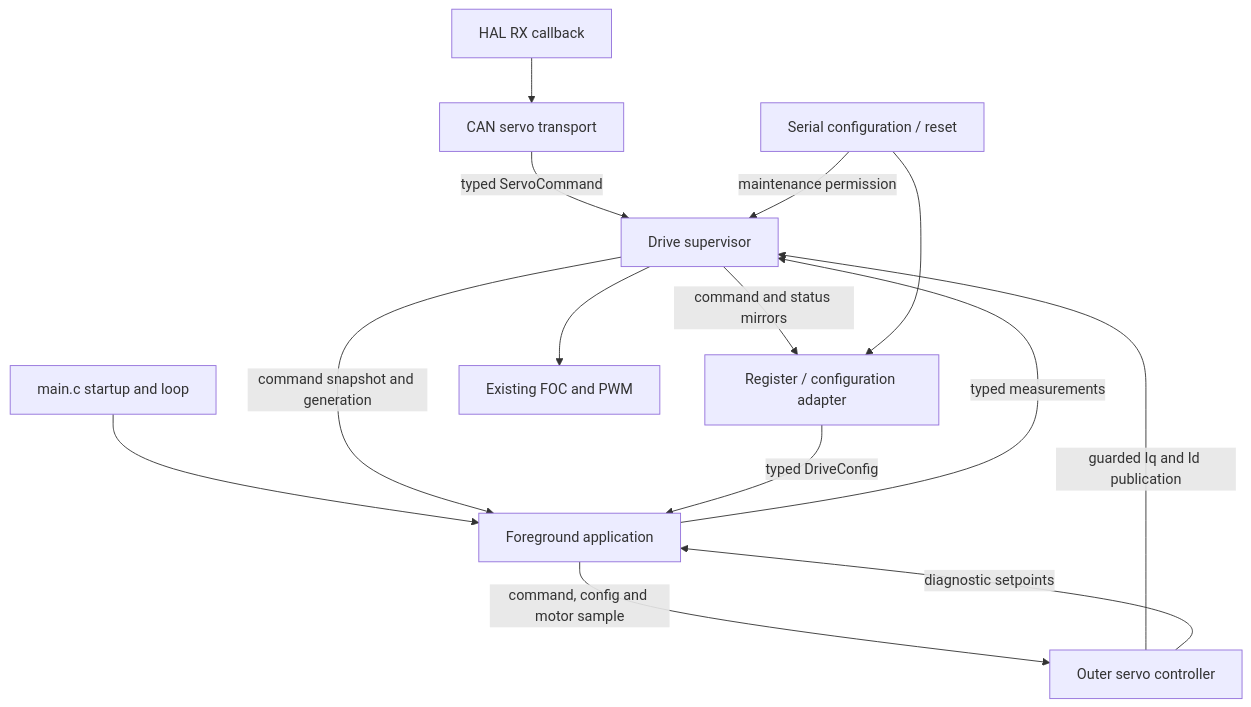
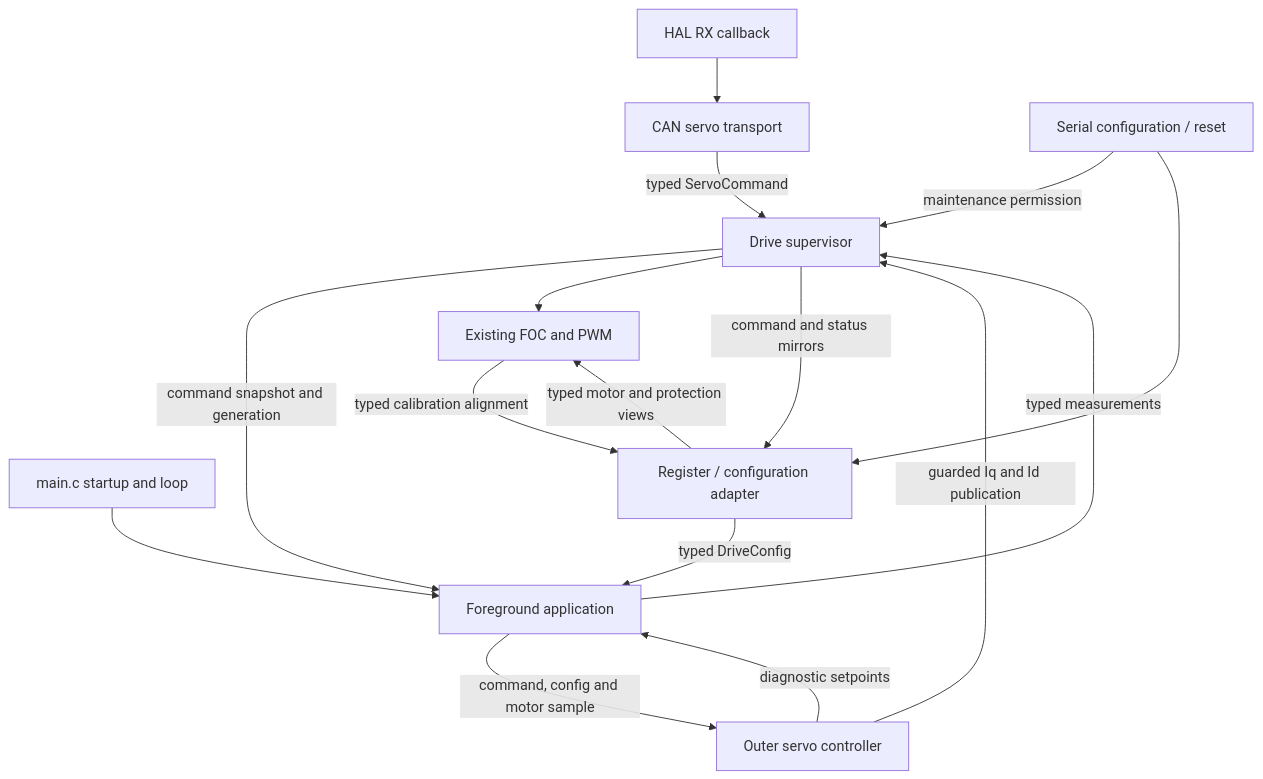
One commit to toblast/G431-Servo changed the diagram in docs/professional-architecture.md. Above: the diagram before and after it, drawn with Mermaid. The commit also changed other lines of this file and 34 other files, not shown here.

Commit message:
refactor: add typed motor configuration and fault boundaries

````diff
--- a/docs/professional-architecture.md
+++ b/docs/professional-architecture.md
@@ -23,16 +25,18 @@
 ```mermaid
 flowchart TD
     Callback[HAL RX callback] --> CAN[CAN servo transport]
     CAN -->|typed ServoCommand| Drive[Drive supervisor]
     Startup[main.c startup and loop] --> App[Foreground application]
     Drive -->|command snapshot and generation| App
     Config[Register / configuration adapter] -->|typed DriveConfig| App
     App -->|command, config and motor sample| Servo[Outer servo controller]
     Servo -->|guarded Iq and Id publication| Drive
     Servo -->|diagnostic setpoints| App
     Drive --> FOC[Existing FOC and PWM]
+    Config -->|typed motor and protection views| FOC
+    FOC -->|typed calibration alignment| Config
     App -->|typed measurements| Drive
     Drive -->|command and status mirrors| Config
     UART[Serial configuration / reset] -->|maintenance permission| Drive
     UART --> Config
 ```
````
